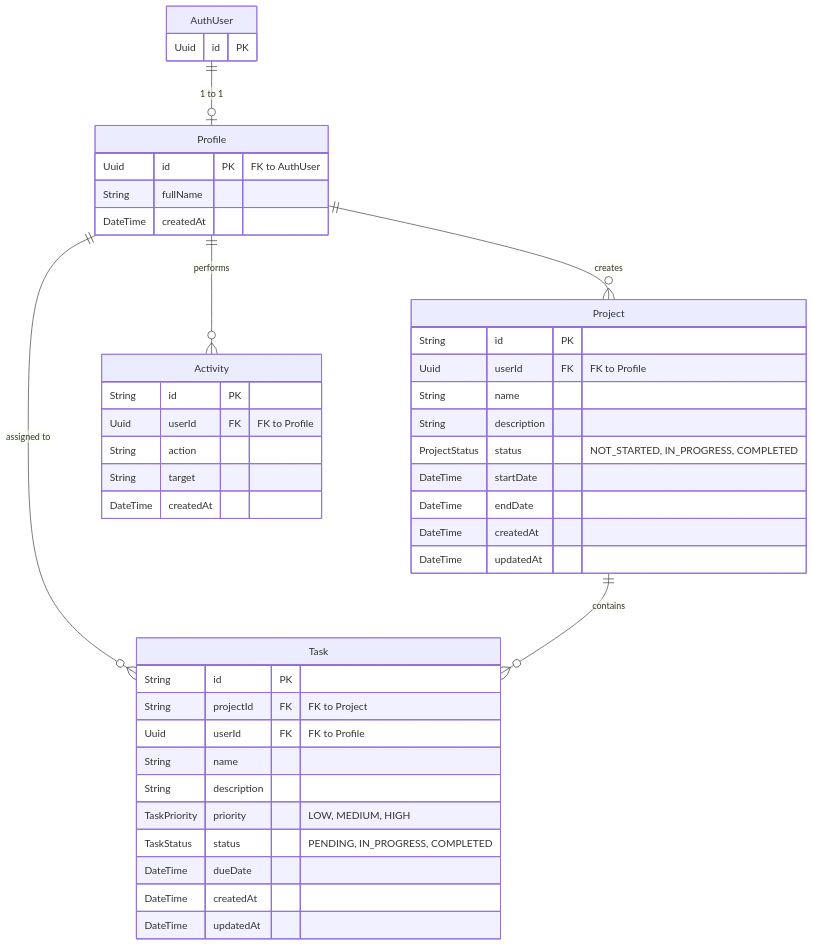
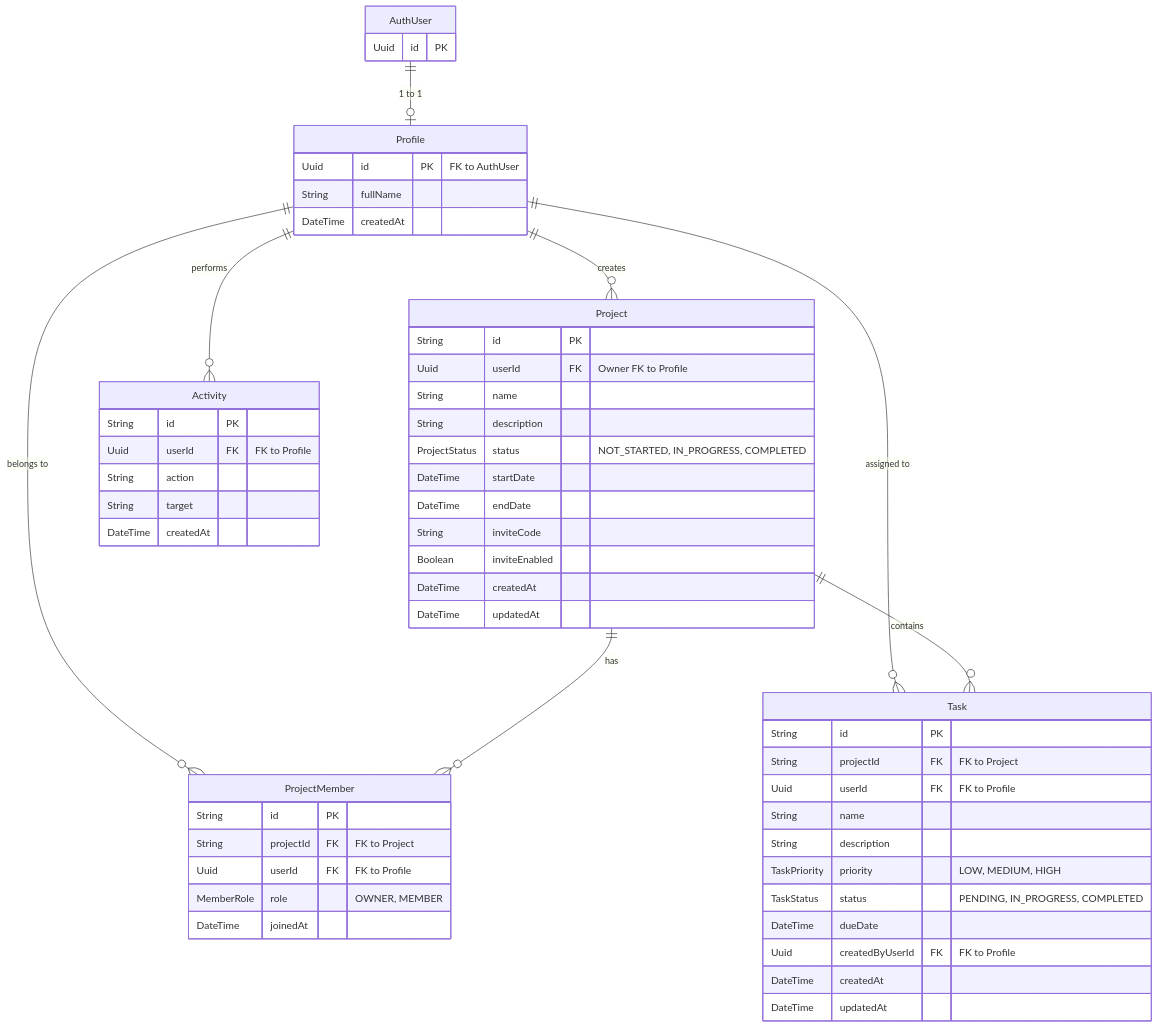
One commit to vikramsimha2510/ISMO changed the diagram in README.md. Above: the diagram before and after it, drawn with Mermaid. The commit also changed other lines of this file and 29 other files, not shown here.

````diff
--- a/README.md
+++ b/README.md
@@ -39,51 +48,64 @@
 ```mermaid
 erDiagram
     AuthUser ||--o| Profile : "1 to 1"
     Profile ||--o{ Project : "creates"
+    Profile ||--o{ ProjectMember : "belongs to"
+    Project ||--o{ ProjectMember : "has"
     Profile ||--o{ Task : "assigned to"
     Profile ||--o{ Activity : "performs"
     Project ||--o{ Task : "contains"
 
     AuthUser {
         Uuid id PK
     }
 
     Profile {
         Uuid id PK "FK to AuthUser"
         String fullName
         DateTime createdAt
     }
 
     Project {
         String id PK
-        Uuid userId FK "FK to Profile"
+        Uuid userId FK "Owner FK to Profile"
         String name
         String description
         ProjectStatus status "NOT_STARTED, IN_PROGRESS, COMPLETED"
         DateTime startDate
         DateTime endDate
+        String inviteCode
+        Boolean inviteEnabled
         DateTime createdAt
         DateTime updatedAt
+    }
+
+    ProjectMember {
+        String id PK
+        String projectId FK "FK to Project"
+        Uuid userId FK "FK to Profile"
+        MemberRole role "OWNER, MEMBER"
+        DateTime joinedAt
     }
 
     Task {
         String id PK
         String projectId FK "FK to Project"
         Uuid userId FK "FK to Profile"
         String name
         String description
         TaskPriority priority "LOW, MEDIUM, HIGH"
         TaskStatus status "PENDING, IN_PROGRESS, COMPLETED"
         DateTime dueDate
+        Uuid createdByUserId FK "FK to Profile"
         DateTime createdAt
         DateTime updatedAt
     }
 
     Activity {
         String id PK
         Uuid userId FK "FK to Profile"
         String action
         String target
         DateTime createdAt
     }
 ```
````
